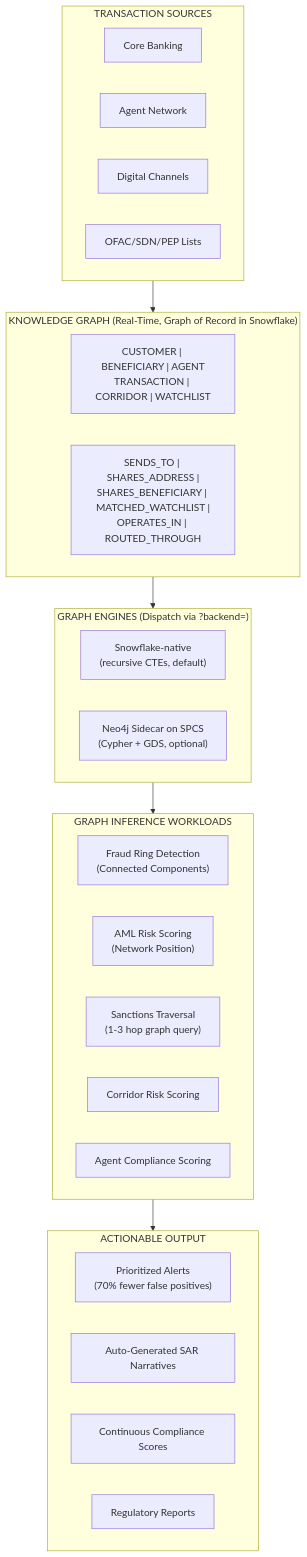
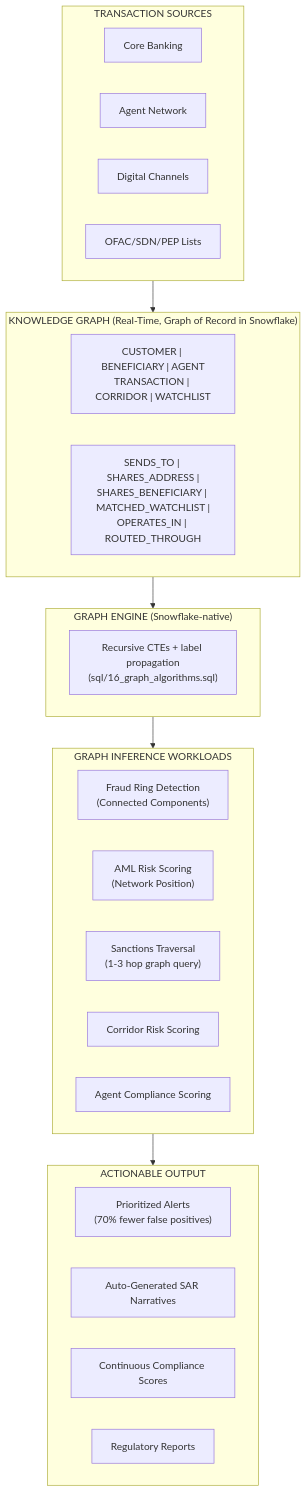
The second of 3 diagrams in industry-demos/fintech/ARCHITECTURE_STRATEGY.md (sfc-gh-smitchener-1/snowflake-dca-fullstack-demo), drawn with Mermaid before and after one commit. The commit also changed other lines of this file and 149 other files, not shown here.

````diff
--- a/industry-demos/fintech/ARCHITECTURE_STRATEGY.md
+++ b/industry-demos/fintech/ARCHITECTURE_STRATEGY.md
@@ -36,31 +36,30 @@
 ```mermaid
 flowchart TB
     subgraph SOURCES["TRANSACTION SOURCES"]
         CORE["Core Banking"]
         AGENTS["Agent Network"]
         DIGITAL["Digital Channels"]
         WATCHLISTS["OFAC/SDN/PEP Lists"]
     end
     subgraph GRAPH["KNOWLEDGE GRAPH (Real-Time, Graph of Record in Snowflake)"]
         NODES["CUSTOMER | BENEFICIARY | AGENT\nTRANSACTION | CORRIDOR | WATCHLIST"]
         EDGES["SENDS_TO | SHARES_ADDRESS |\nSHARES_BENEFICIARY | MATCHED_WATCHLIST |\nOPERATES_IN | ROUTED_THROUGH"]
     end
-    subgraph ENGINES["GRAPH ENGINES (Dispatch via ?backend=)"]
-        SF_ENG["Snowflake-native\n(recursive CTEs, default)"]
-        NEO_ENG["Neo4j Sidecar on SPCS\n(Cypher + GDS, optional)"]
+    subgraph ENGINE["GRAPH ENGINE (Snowflake-native)"]
+        SF_ENG["Recursive CTEs + label propagation\n(sql/16_graph_algorithms.sql)"]
     end
     subgraph INF["GRAPH INFERENCE WORKLOADS"]
         FRAUD_RING["Fraud Ring Detection\n(Connected Components)"]
         AML_SCORE["AML Risk Scoring\n(Network Position)"]
         SANC_TRAV["Sanctions Traversal\n(1-3 hop graph query)"]
         CORRIDOR["Corridor Risk Scoring"]
         AGENT_COMP["Agent Compliance Scoring"]
     end
     subgraph OUTPUT["ACTIONABLE OUTPUT"]
         ALERTS["Prioritized Alerts\n(70% fewer false positives)"]
         SARS["Auto-Generated SAR Narratives"]
         SCORES["Continuous Compliance Scores"]
         REPORT["Regulatory Reports"]
     end
-    SOURCES --> GRAPH --> ENGINES --> INF --> OUTPUT
+    SOURCES --> GRAPH --> ENGINE --> INF --> OUTPUT
 ```
````
